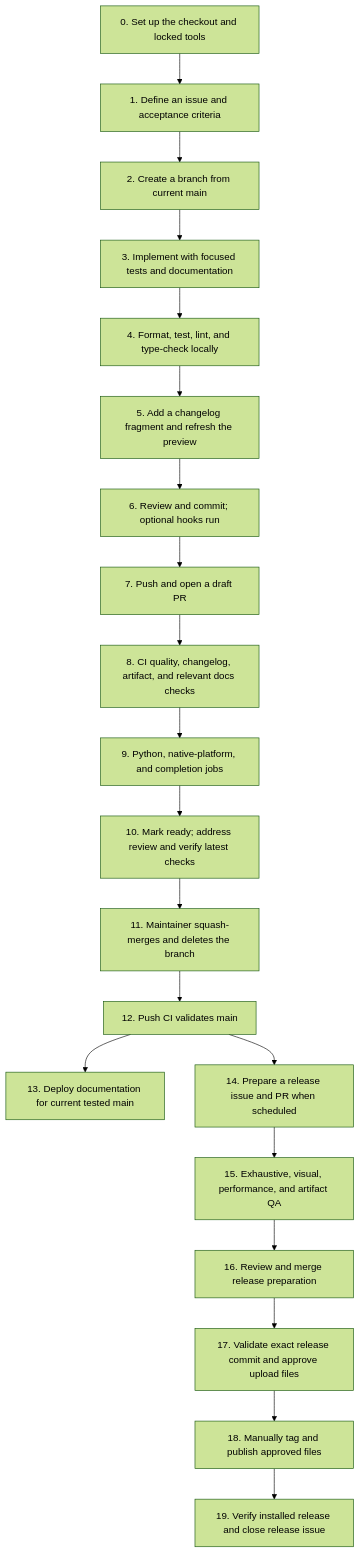
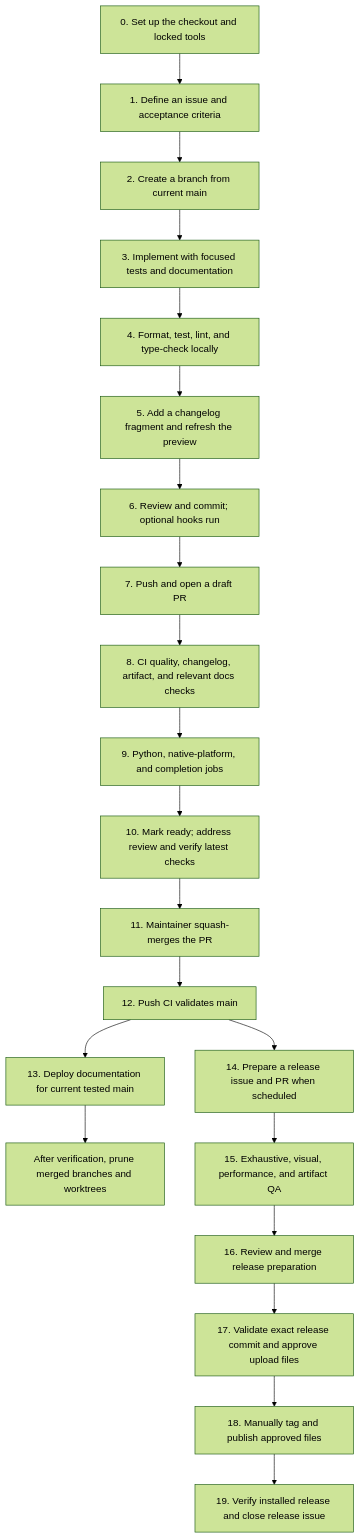
One commit to ChrisBuilds/terminaltexteffects changed the diagram in docs/development.md. Above: the diagram before and after it, drawn with Mermaid (forest theme). The commit also changed other lines of this file and 3 other files, not shown here.

First line of the commit message:
Document branch cleanup after PR merges (#181)

````diff
--- a/docs/development.md
+++ b/docs/development.md
@@ -11,22 +11,23 @@
 ```mermaid
 flowchart TD
     Setup[0. Set up the checkout and locked tools] --> Issue[1. Define an issue and acceptance criteria]
     Issue --> Branch[2. Create a branch from current main]
     Branch --> Implement[3. Implement with focused tests and documentation]
     Implement --> Local[4. Format, test, lint, and type-check locally]
     Local --> Notes[5. Add a changelog fragment and refresh the preview]
     Notes --> Commit[6. Review and commit; optional hooks run]
     Commit --> PR[7. Push and open a draft PR]
     PR --> Quality[8. CI quality, changelog, artifact, and relevant docs checks]
     Quality --> Matrix[9. Python, native-platform, and completion jobs]
     Matrix --> Review[10. Mark ready; address review and verify latest checks]
-    Review --> Merge[11. Maintainer squash-merges and deletes the branch]
+    Review --> Merge[11. Maintainer squash-merges the PR]
     Merge --> MainCI[12. Push CI validates main]
     MainCI --> Docs[13. Deploy documentation for current tested main]
+    Docs --> Cleanup[After verification, prune merged branches and worktrees]
     MainCI --> Prep[14. Prepare a release issue and PR when scheduled]
     Prep --> ReleaseQA[15. Exhaustive, visual, performance, and artifact QA]
     ReleaseQA --> ReleaseMerge[16. Review and merge release preparation]
     ReleaseMerge --> Files[17. Validate exact release commit and approve upload files]
     Files --> Publish[18. Manually tag and publish approved files]
     Publish --> Verify[19. Verify installed release and close release issue]
 ```
````
